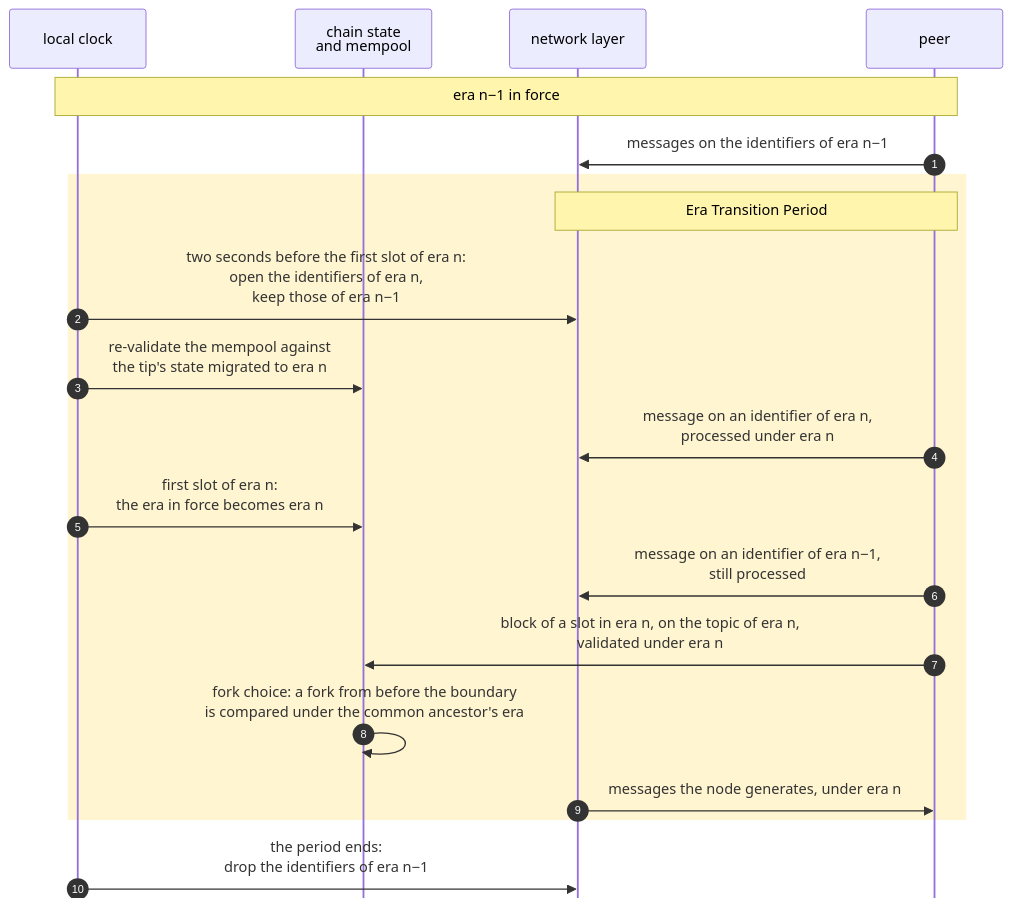
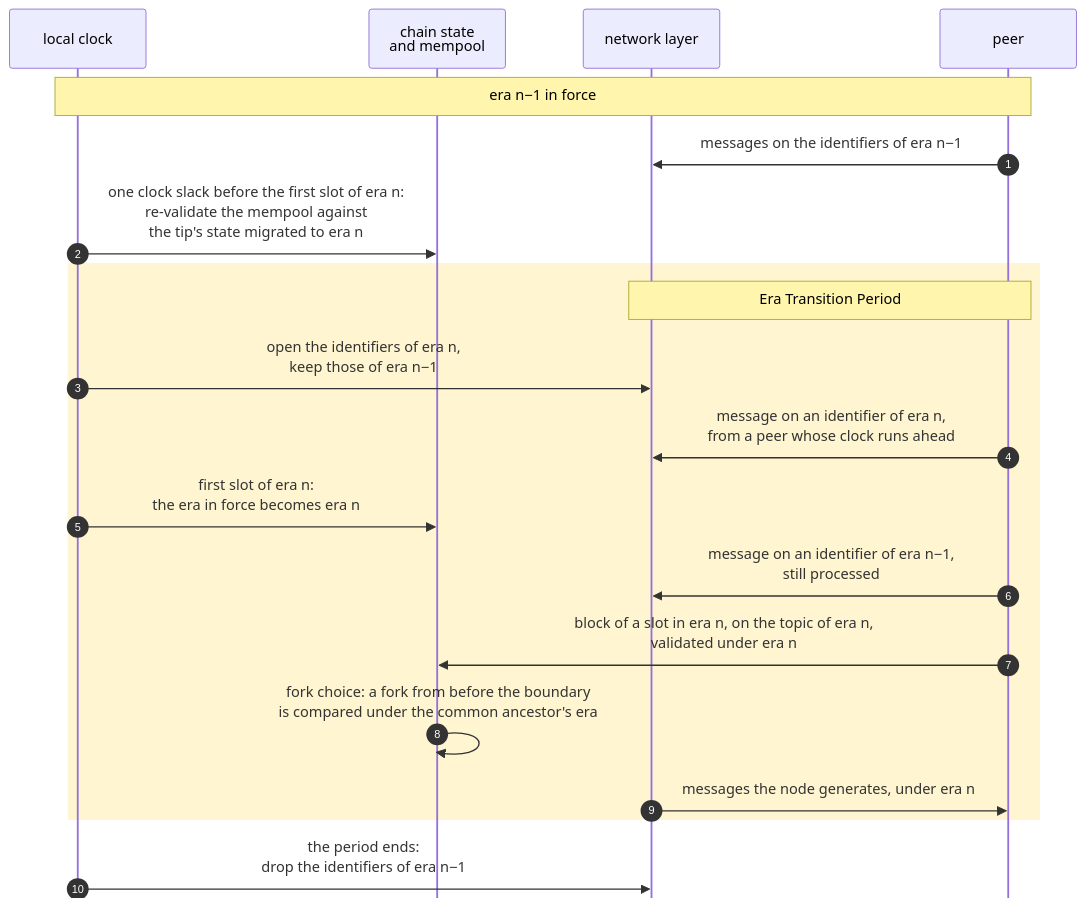
One commit to logos-co/logos-lips changed the seventh of 7 diagrams in docs/blockchain/raw/bedrock-eras.md. Above: the diagram before and after it, drawn with Mermaid. The commit also changed other lines of this file and 3 other files, not shown here.

First line of the commit message:
docs(blockchain): start Blend bootstrapping and the SDP snapshot one clock slack early

````diff
--- a/docs/blockchain/raw/bedrock-eras.md
+++ b/docs/blockchain/raw/bedrock-eras.md
@@ -284,27 +284,27 @@
 ```mermaid
 ---
 config:
   sequence:
     mirrorActors: false
 ---
 sequenceDiagram
     autonumber
     participant C as local clock
     participant S as chain state<br/>and mempool
     participant N as network layer
     participant P as peer
     Note over C,P: era n−1 in force
     P->>N: messages on the identifiers of era n−1
+    C->>S: one clock slack before the first slot of era n:<br/>re-validate the mempool against<br/>the tip's state migrated to era n
     rect rgba(255, 200, 0, 0.18)
         Note over N,P: Era Transition Period
-        C->>N: two seconds before the first slot of era n:<br/>open the identifiers of era n,<br/>keep those of era n−1
-        C->>S: re-validate the mempool against<br/>the tip's state migrated to era n
-        P->>N: message on an identifier of era n,<br/>processed under era n
+        C->>N: open the identifiers of era n,<br/>keep those of era n−1
+        P->>N: message on an identifier of era n,<br/>from a peer whose clock runs ahead
         C->>S: first slot of era n:<br/>the era in force becomes era n
         P->>N: message on an identifier of era n−1,<br/>still processed
         P->>S: block of a slot in era n, on the topic of era n,<br/>validated under era n
         S->>S: fork choice: a fork from before the boundary<br/>is compared under the common ancestor's era
         N->>P: messages the node generates, under era n
     end
     C->>N: the period ends:<br/>drop the identifiers of era n−1
 ```
````
